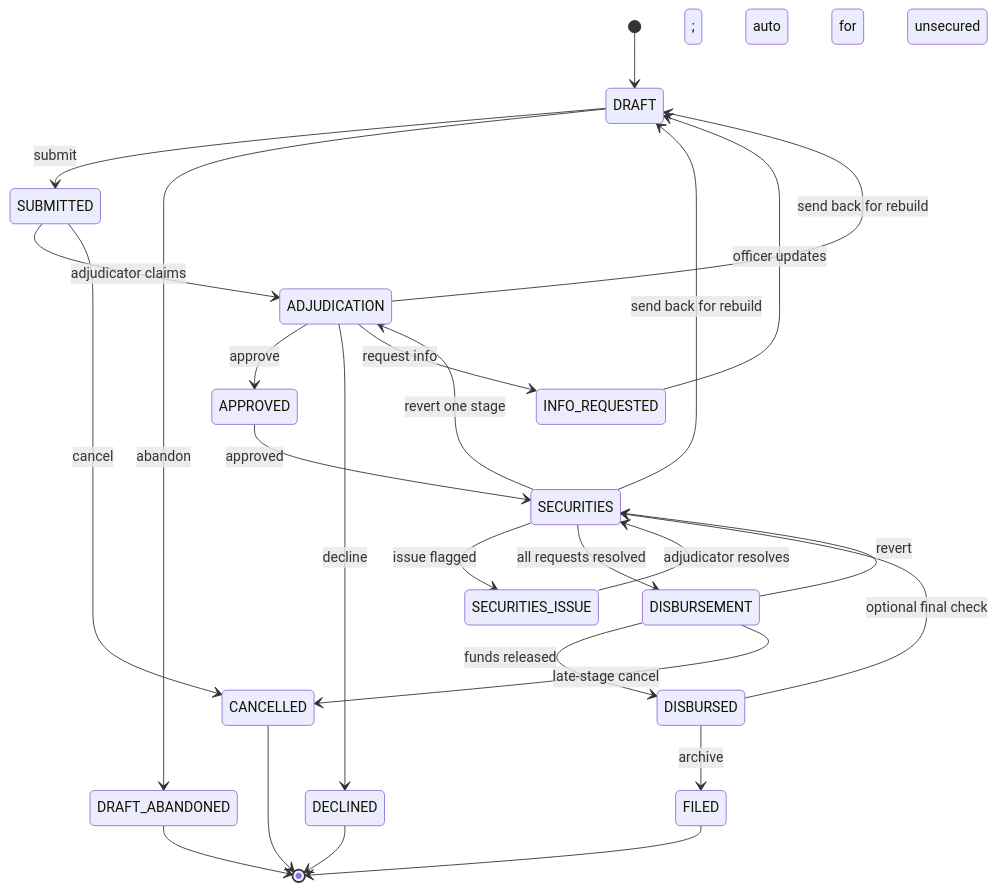
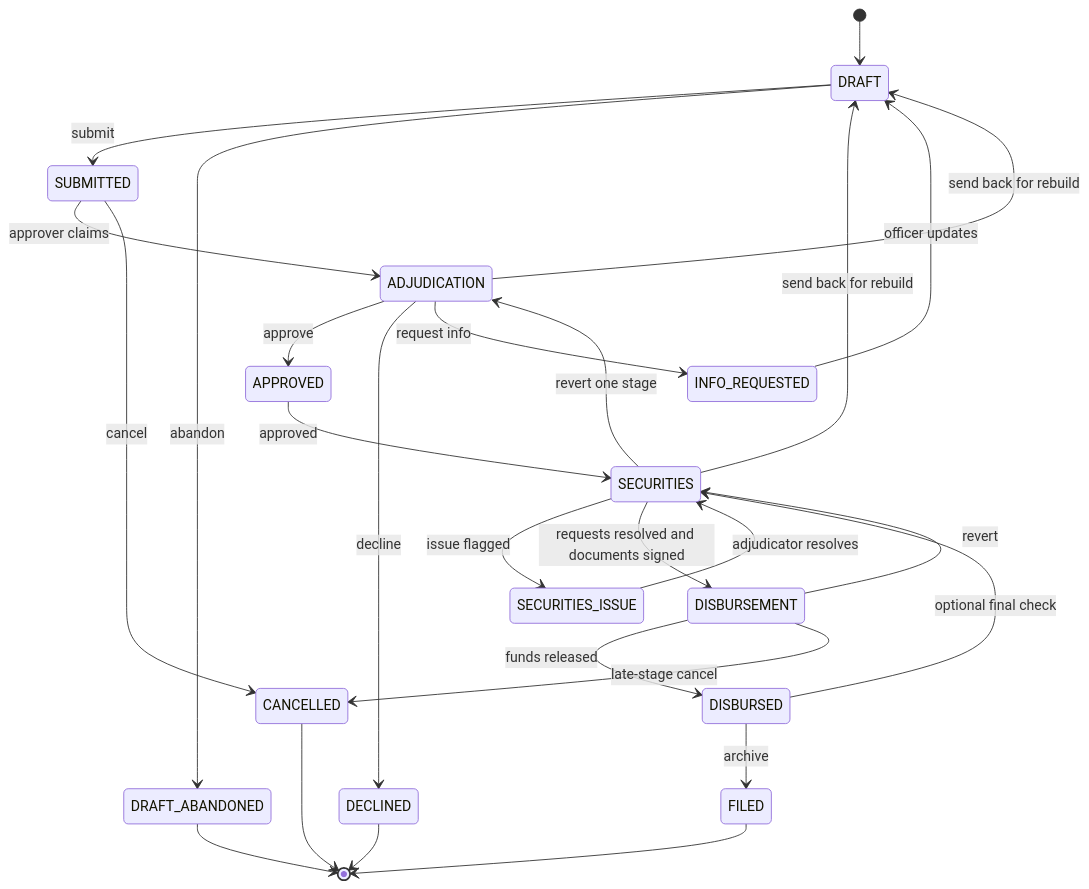
The diagram in omnia/los/loans/workflow-states.mdx (compuz-ja/docs), drawn with Mermaid before and after one commit. The commit also changed other lines of this file and 104 other files, not shown here.

````diff
--- a/omnia/los/loans/workflow-states.mdx
+++ b/omnia/los/loans/workflow-states.mdx
@@ -38,28 +38,28 @@
 ```mermaid
 stateDiagram-v2
     [*] --> DRAFT
     DRAFT --> SUBMITTED: submit
     DRAFT --> DRAFT_ABANDONED: abandon
-    SUBMITTED --> ADJUDICATION: adjudicator claims
+    SUBMITTED --> ADJUDICATION: approver claims
     SUBMITTED --> CANCELLED: cancel
     ADJUDICATION --> APPROVED: approve
     ADJUDICATION --> DECLINED: decline
     ADJUDICATION --> INFO_REQUESTED: request info
     ADJUDICATION --> DRAFT: send back for rebuild
     INFO_REQUESTED --> DRAFT: officer updates
     APPROVED --> SECURITIES: approved
     SECURITIES --> SECURITIES_ISSUE: issue flagged
     SECURITIES_ISSUE --> SECURITIES: adjudicator resolves
-    SECURITIES --> DISBURSEMENT: all requests resolved; auto for unsecured
+    SECURITIES --> DISBURSEMENT: requests resolved and documents signed
     SECURITIES --> DRAFT: send back for rebuild
     SECURITIES --> ADJUDICATION: revert one stage
     DISBURSEMENT --> DISBURSED: funds released
     DISBURSEMENT --> SECURITIES: revert
     DISBURSEMENT --> CANCELLED: late-stage cancel
     DISBURSED --> SECURITIES: optional final check
     DISBURSED --> FILED: archive
     FILED --> [*]
     DECLINED --> [*]
     DRAFT_ABANDONED --> [*]
     CANCELLED --> [*]
 ```
````
